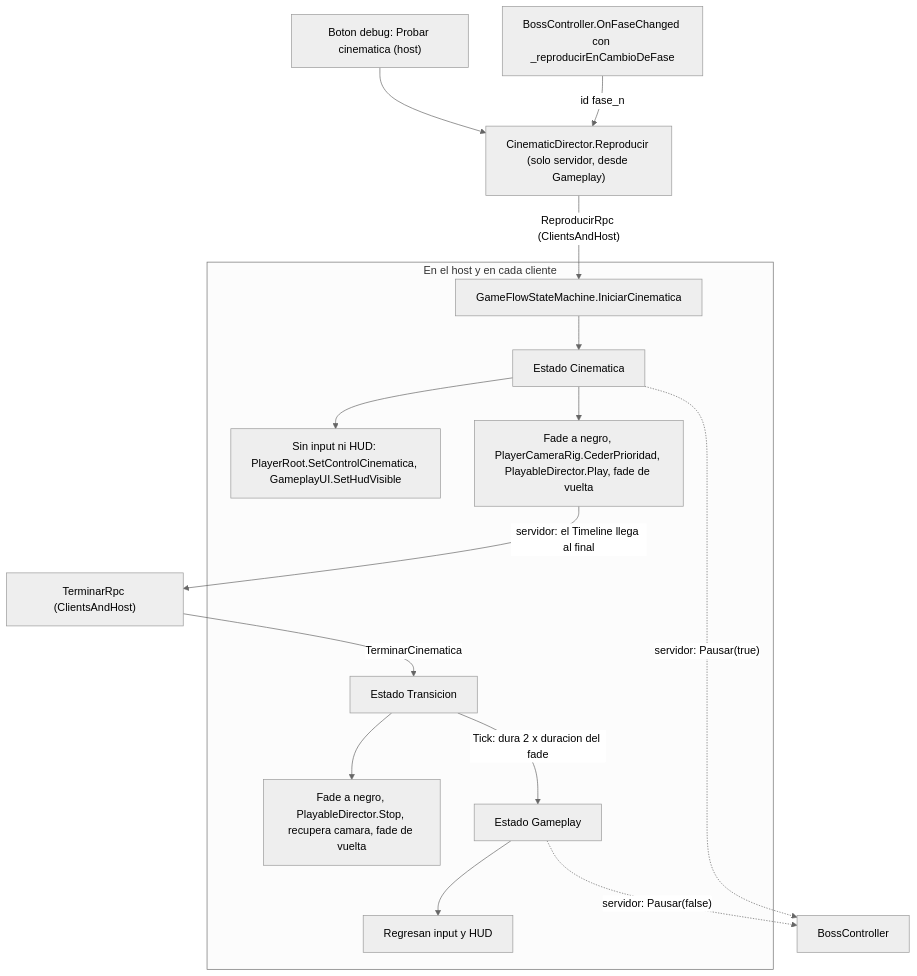
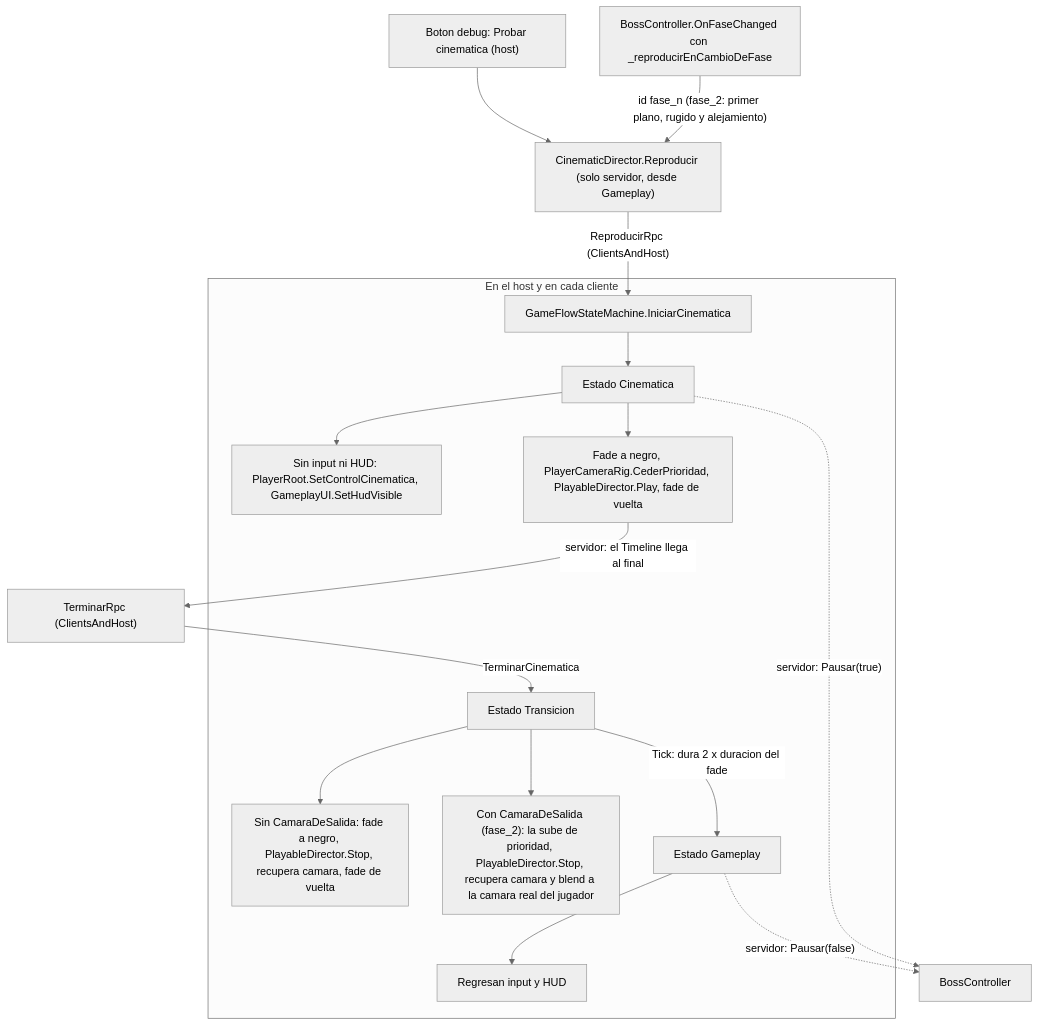
Before and after one commit to VicBojoDev10/DeathOfMeaningRepo: the diagram in docs/diagrams/cinematic-flow.mermaid, drawn with Mermaid (neutral theme).

Commit message:
doc: add blend exit and phase two cinematic to flow diagram

```diff
--- a/docs/diagrams/cinematic-flow.mermaid
+++ b/docs/diagrams/cinematic-flow.mermaid
@@ -1,16 +1,17 @@
 flowchart TD
     BTN["Boton debug: Probar cinematica (host)"] --> REP
-    FASE["BossController.OnFaseChanged con _reproducirEnCambioDeFase"] -->|"id fase_n"| REP
+    FASE["BossController.OnFaseChanged con _reproducirEnCambioDeFase"] -->|"id fase_n (fase_2: primer plano, rugido y alejamiento)"| REP
     REP["CinematicDirector.Reproducir (solo servidor, desde Gameplay)"] -->|"ReproducirRpc (ClientsAndHost)"| INI
     subgraph CADA["En el host y en cada cliente"]
         INI[GameFlowStateMachine.IniciarCinematica] --> CIN[Estado Cinematica]
         CIN --> CTRL["Sin input ni HUD: PlayerRoot.SetControlCinematica, GameplayUI.SetHudVisible"]
         CIN --> ENT["Fade a negro, PlayerCameraRig.CederPrioridad, PlayableDirector.Play, fade de vuelta"]
-        TRA[Estado Transicion] --> SAL["Fade a negro, PlayableDirector.Stop, recupera camara, fade de vuelta"]
+        TRA[Estado Transicion] --> SAL["Sin CamaraDeSalida: fade a negro, PlayableDirector.Stop, recupera camara, fade de vuelta"]
+        TRA --> BLEND["Con CamaraDeSalida (fase_2): la sube de prioridad, PlayableDirector.Stop, recupera camara y blend a la camara real del jugador"]
         TRA -->|"Tick: dura 2 x duracion del fade"| GP[Estado Gameplay]
         GP --> VUELTA[Regresan input y HUD]
     end
     ENT -->|"servidor: el Timeline llega al final"| FIN["TerminarRpc (ClientsAndHost)"]
     FIN -->|TerminarCinematica| TRA
     CIN -.->|"servidor: Pausar(true)"| BOSS[BossController]
     GP -.->|"servidor: Pausar(false)"| BOSS
```
